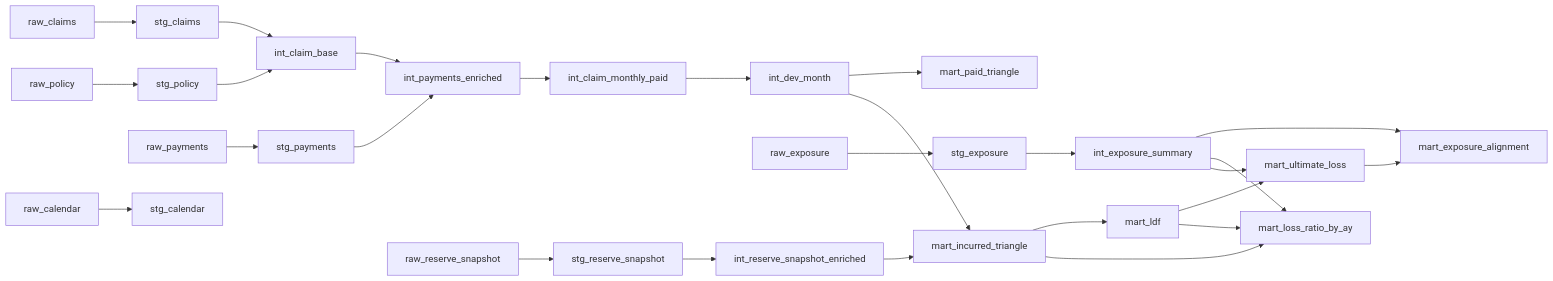
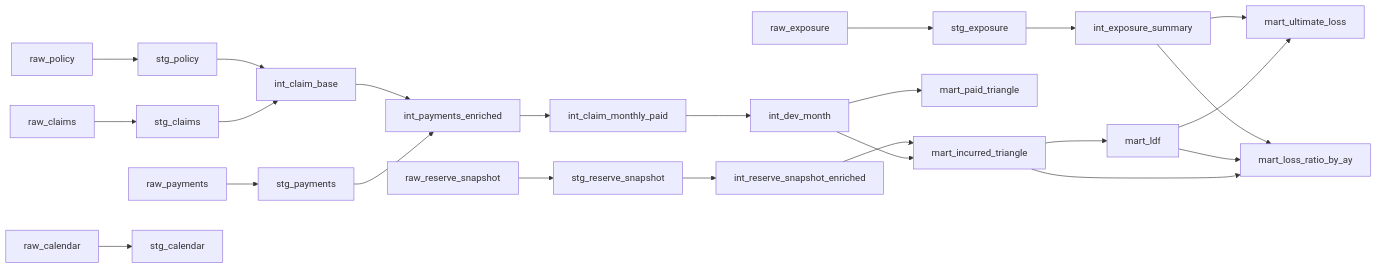
The diagram in README FR.md (SHLee5864/insurance-claims-loss-development-dbt), drawn with Mermaid before and after one commit. The commit also changed 2 other files, not shown here.

Commit message:
Change of Readme

````diff
--- a/README FR.md
+++ b/README FR.md
@@ -34,22 +34,20 @@
 ```mermaid
 graph LR
     raw_claims --> stg_claims --> int_claim_base
     raw_policy --> stg_policy --> int_claim_base
     raw_payments --> stg_payments --> int_payments_enriched
     raw_calendar --> stg_calendar
     raw_reserve_snapshot --> stg_reserve_snapshot --> int_reserve_snapshot_enriched
     raw_exposure --> stg_exposure --> int_exposure_summary
 
     int_claim_base --> int_payments_enriched
     int_payments_enriched --> int_claim_monthly_paid --> int_dev_month
     int_dev_month --> mart_paid_triangle
     int_dev_month --> mart_incurred_triangle
     int_reserve_snapshot_enriched --> mart_incurred_triangle
     mart_incurred_triangle --> mart_ldf --> mart_ultimate_loss
     mart_incurred_triangle --> mart_loss_ratio_by_ay
     mart_ldf --> mart_loss_ratio_by_ay
-    mart_ultimate_loss --> mart_exposure_alignment
-    int_exposure_summary --> mart_exposure_alignment
     int_exposure_summary --> mart_loss_ratio_by_ay
     int_exposure_summary --> mart_ultimate_loss
 ```
````
